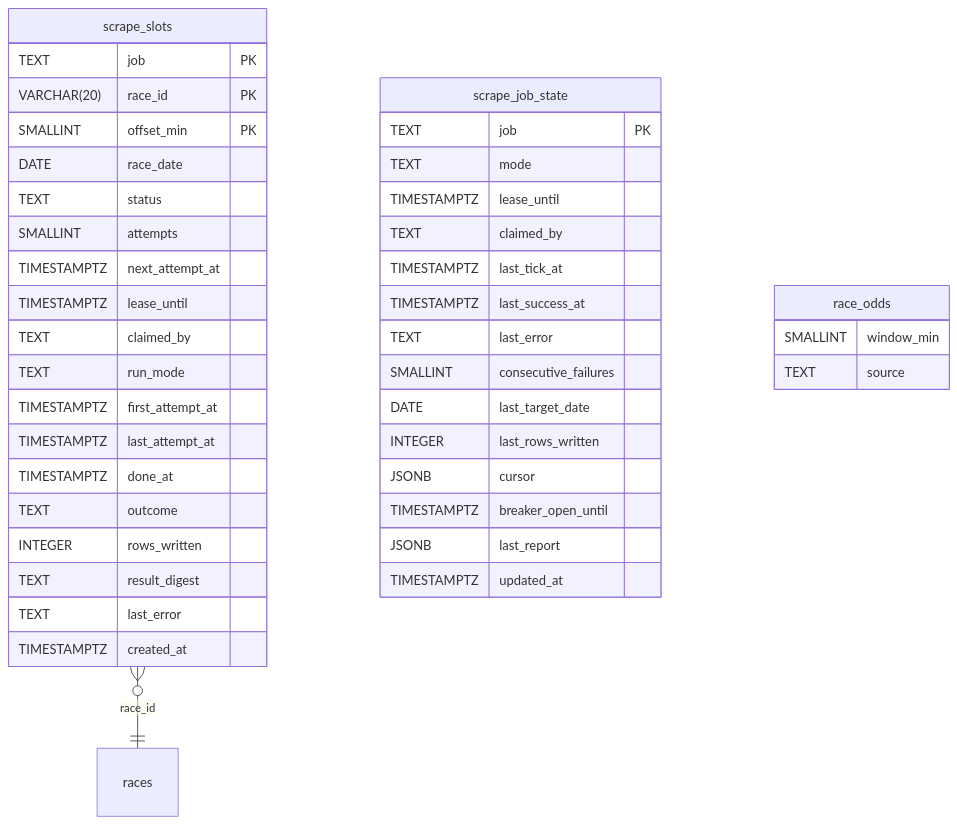
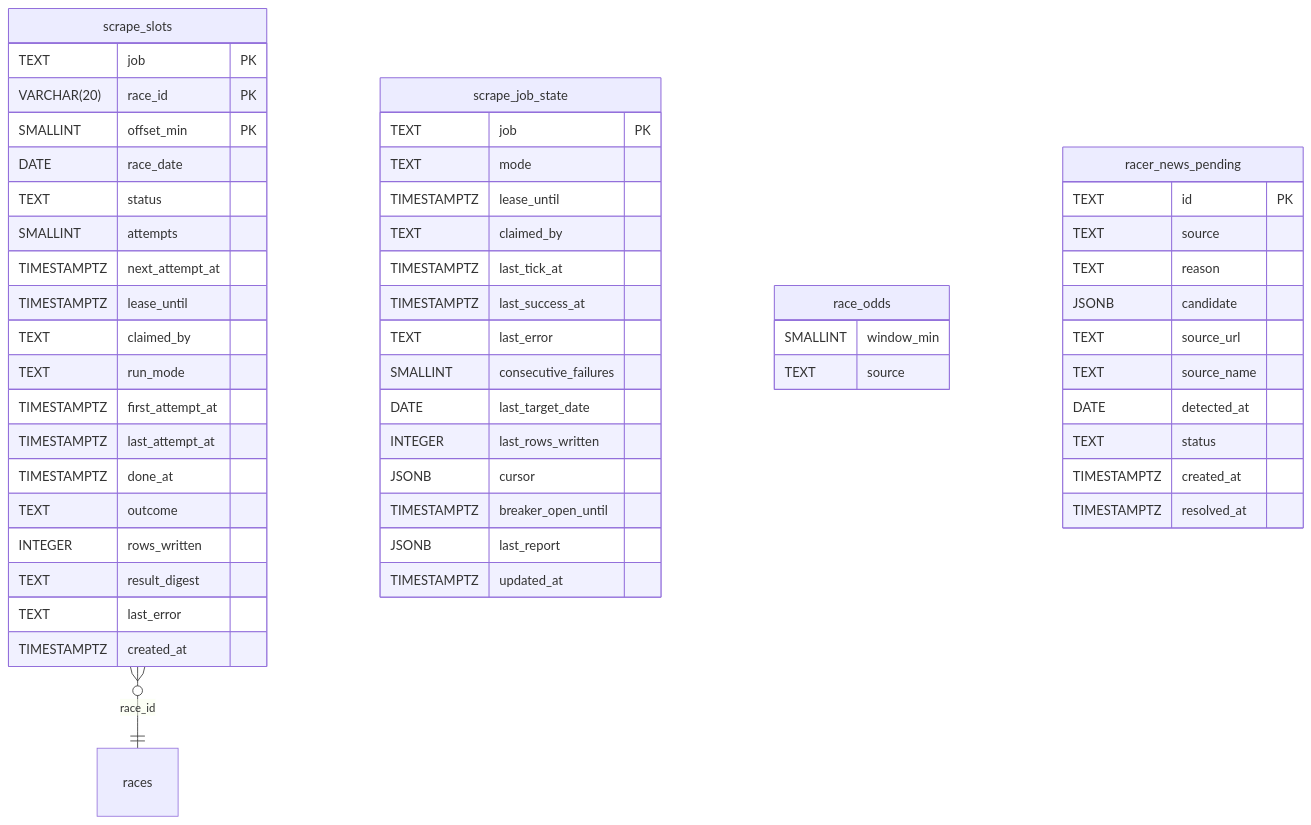
The third of 6 diagrams in docs/design/scraping-vercel-consolidation/plan.md (rhapsody0919/boatrace-ai-predictor), drawn with Mermaid before and after one commit. The commit also changed other lines of this file and 41 other files, not shown here.

````diff
--- a/docs/design/scraping-vercel-consolidation/plan.md
+++ b/docs/design/scraping-vercel-consolidation/plan.md
@@ -238,44 +238,56 @@
 ```mermaid
 erDiagram
     scrape_slots }o--|| races : "race_id"
     scrape_slots {
         TEXT job PK
         VARCHAR(20) race_id PK
         SMALLINT offset_min PK
         DATE race_date
         TEXT status
         SMALLINT attempts
         TIMESTAMPTZ next_attempt_at
         TIMESTAMPTZ lease_until
         TEXT claimed_by
         TEXT run_mode
         TIMESTAMPTZ first_attempt_at
         TIMESTAMPTZ last_attempt_at
         TIMESTAMPTZ done_at
         TEXT outcome
         INTEGER rows_written
         TEXT result_digest
         TEXT last_error
         TIMESTAMPTZ created_at
     }
     scrape_job_state {
         TEXT job PK
         TEXT mode
         TIMESTAMPTZ lease_until
         TEXT claimed_by
         TIMESTAMPTZ last_tick_at
         TIMESTAMPTZ last_success_at
         TEXT last_error
         SMALLINT consecutive_failures
         DATE last_target_date
         INTEGER last_rows_written
         JSONB cursor
         TIMESTAMPTZ breaker_open_until
         JSONB last_report
         TIMESTAMPTZ updated_at
     }
     race_odds {
         SMALLINT window_min
         TEXT source
     }
+    racer_news_pending {
+        TEXT id PK
+        TEXT source
+        TEXT reason
+        JSONB candidate
+        TEXT source_url
+        TEXT source_name
+        DATE detected_at
+        TEXT status
+        TIMESTAMPTZ created_at
+        TIMESTAMPTZ resolved_at
+    }
 ```
````
